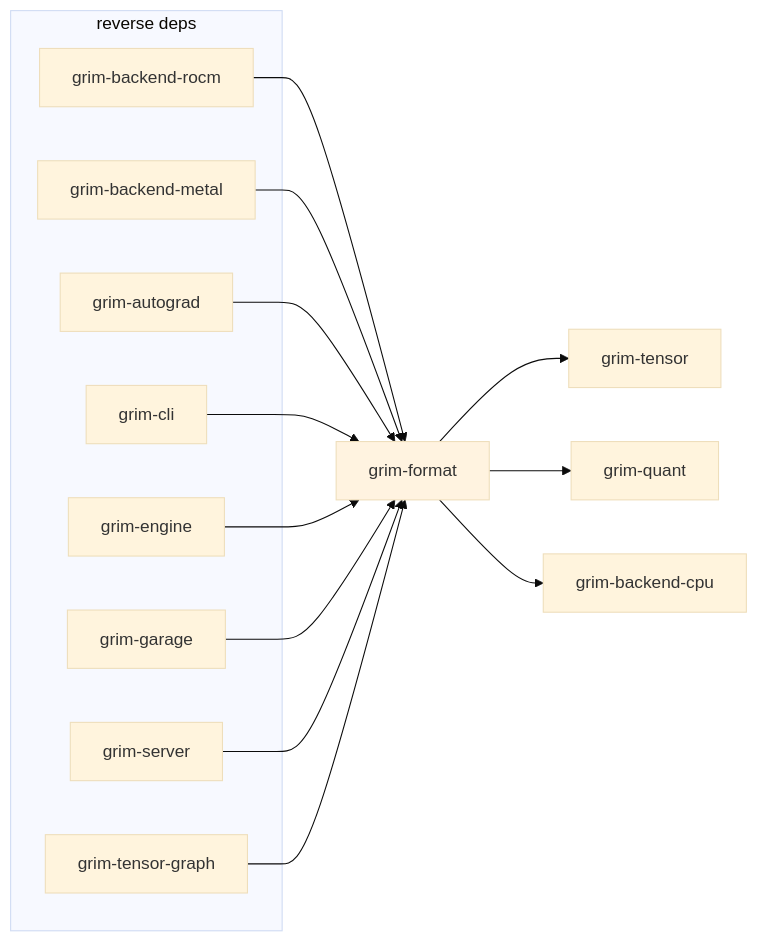
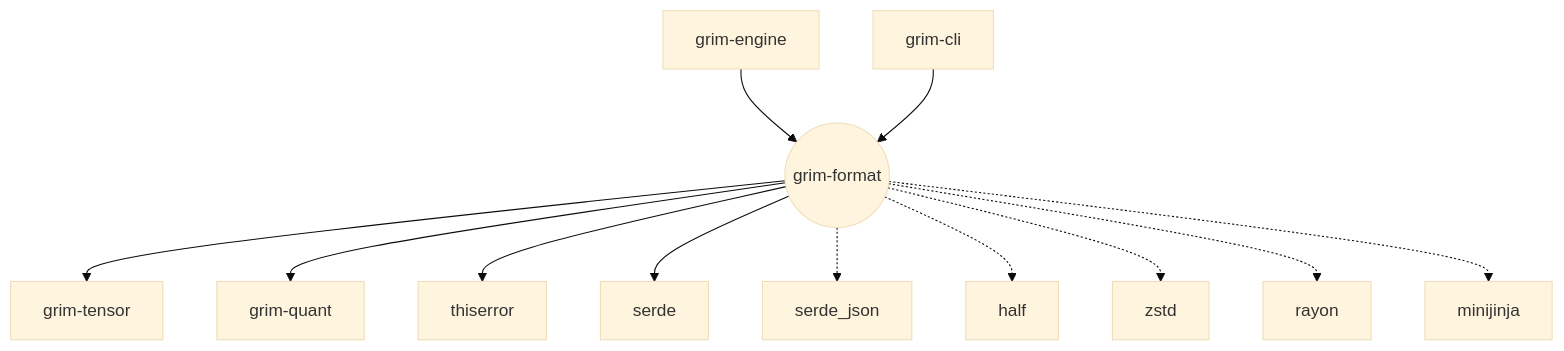
Before and after one commit to sydonayrex/grim: the diagram in crates/grim-format/README.md, drawn with Mermaid (base theme). The commit also changed other lines of this file and 53 other files, not shown here.

````diff
--- a/crates/grim-format/README.md
+++ b/crates/grim-format/README.md
@@ -17,28 +10,22 @@
 ```mermaid
-graph LR
-    A[grim-format] --> B[grim-tensor]
-    A --> C[grim-quant]
-    A --> D[grim-backend-cpu]
+graph TD
+    %% Focal Node
+    grim-format(("grim-format"))
 
-    subgraph "reverse deps"
-        E1[grim-backend-rocm]
-        E2[grim-backend-metal]
-        E3[grim-autograd]
-        E4[grim-cli]
-        E5[grim-engine]
-        E6[grim-garage]
-        E7[grim-server]
-        E8[grim-tensor-graph]
-    end
+    %% Workspace Dependencies
+    grim-format --> grim-tensor
+    grim-format --> grim-quant
+    grim-format --> thiserror
+    grim-format --> serde
 
-    E1 --> A
-    E2 --> A
-    E3 --> A
-    E4 --> A
-    E5 --> A
-    E6 --> A
-    E7 --> A
-    E8 --> A
+    %% Reverse Workspace Dependents (Conceptual/Typical)
+    grim-engine --> grim-format
+    grim-cli --> grim-format
 
-    style A fill:#fff3e0
+    %% External Dependencies
+    grim-format -.-> serde_json
+    grim-format -.-> half
+    grim-format -.-> zstd
+    grim-format -.-> rayon
+    grim-format -.-> minijinja
 ```
````
